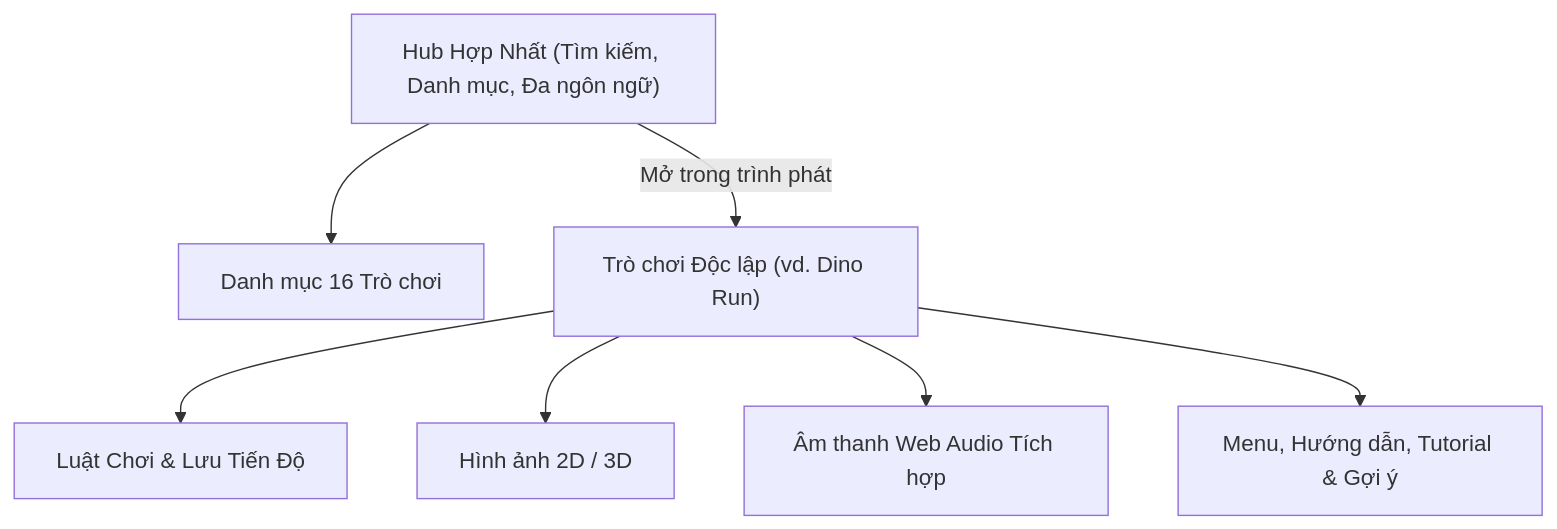
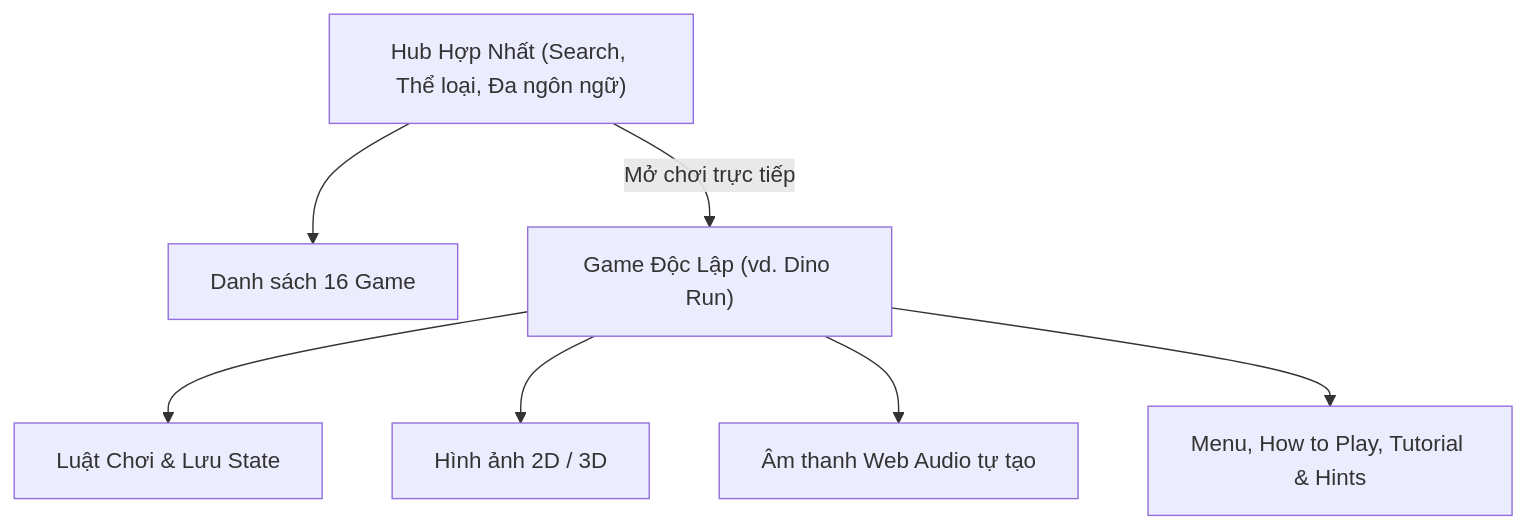
Before and after one commit to vuhung16au/gemini-games: the diagram in courses/day-03-project-architecture/README.vi.md, drawn with Mermaid. The commit also changed other lines of this file and 29 other files, not shown here.

````diff
--- a/courses/day-03-project-architecture/README.vi.md
+++ b/courses/day-03-project-architecture/README.vi.md
@@ -12,9 +12,9 @@
 ```mermaid
 flowchart TD
-  Hub["Hub Hợp Nhất (Tìm kiếm, Danh mục, Đa ngôn ngữ)"] --> Reg["Danh mục 16 Trò chơi"]
-  Hub -->|Mở trong trình phát| Dino["Trò chơi Độc lập (vd. Dino Run)"]
-  Dino --> Sim["Luật Chơi & Lưu Tiến Độ"]
+  Hub["Hub Hợp Nhất (Search, Thể loại, Đa ngôn ngữ)"] --> Reg["Danh sách 16 Game"]
+  Hub -->|Mở chơi trực tiếp| Dino["Game Độc Lập (vd. Dino Run)"]
+  Dino --> Sim["Luật Chơi & Lưu State"]
   Dino --> Render["Hình ảnh 2D / 3D"]
-  Dino --> SFX["Âm thanh Web Audio Tích hợp"]
-  Dino --> UI["Menu, Hướng dẫn, Tutorial & Gợi ý"]
+  Dino --> SFX["Âm thanh Web Audio tự tạo"]
+  Dino --> UI["Menu, How to Play, Tutorial & Hints"]
 ```
````
